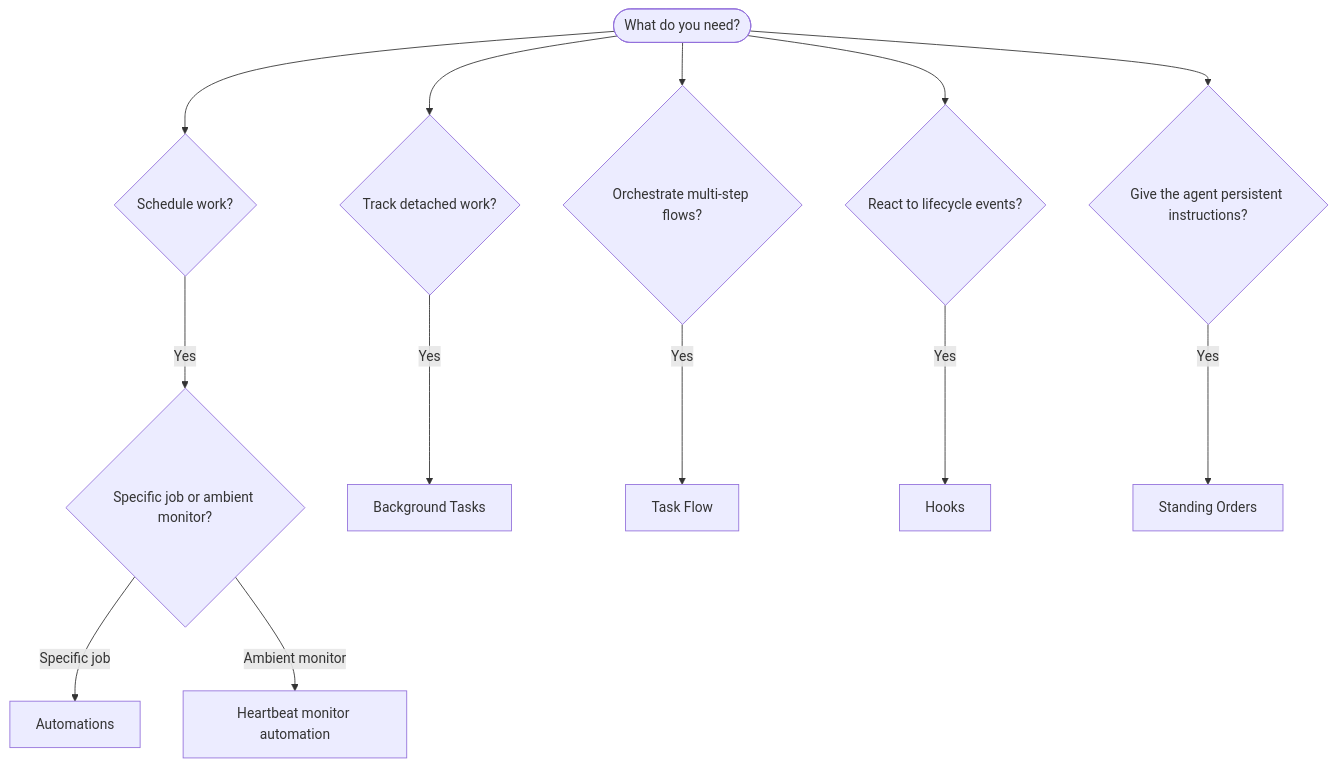
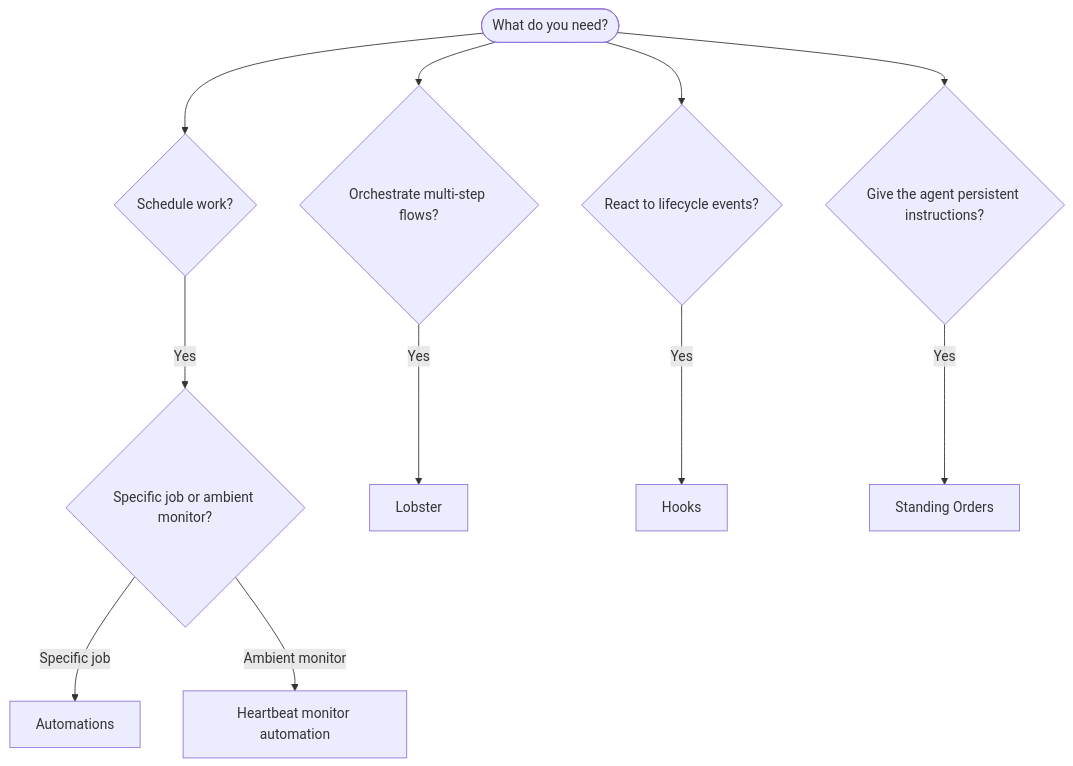
One commit to I24D/Lumina-Openclaw changed the diagram in docs/automation/index.md. Above: the diagram before and after it, drawn with Mermaid. The commit also changed other lines of this file and 30244 other files, not shown here.

````diff
--- a/docs/automation/index.md
+++ b/docs/automation/index.md
@@ -16,17 +16,15 @@
 ```mermaid
 flowchart TD
     START([What do you need?]) --> Q1{Schedule work?}
-    START --> Q2{Track detached work?}
     START --> Q3{Orchestrate multi-step flows?}
     START --> Q4{React to lifecycle events?}
     START --> Q5{Give the agent persistent instructions?}
 
     Q1 -->|Yes| Q1a{Specific job or ambient monitor?}
     Q1a -->|Specific job| CRON["Automations"]
     Q1a -->|Ambient monitor| HEARTBEAT["Heartbeat monitor automation"]
 
-    Q2 -->|Yes| TASKS[Background Tasks]
-    Q3 -->|Yes| FLOW[Task Flow]
+    Q3 -->|Yes| FLOW[Lobster]
     Q4 -->|Yes| HOOKS[Hooks]
     Q5 -->|Yes| SO[Standing Orders]
 ```
````
